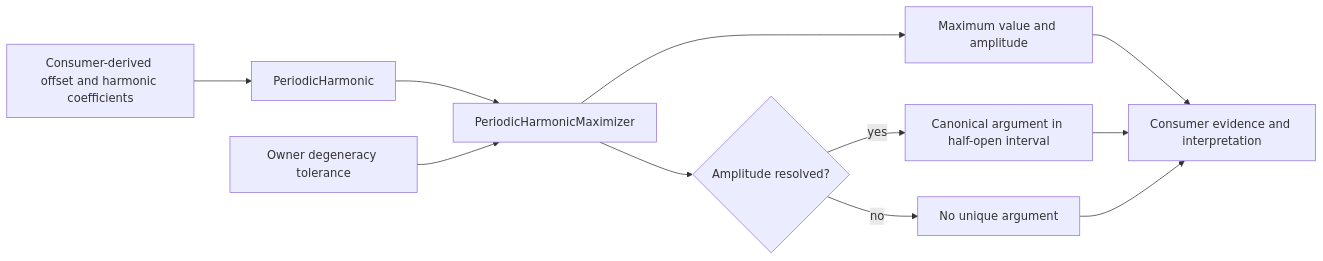
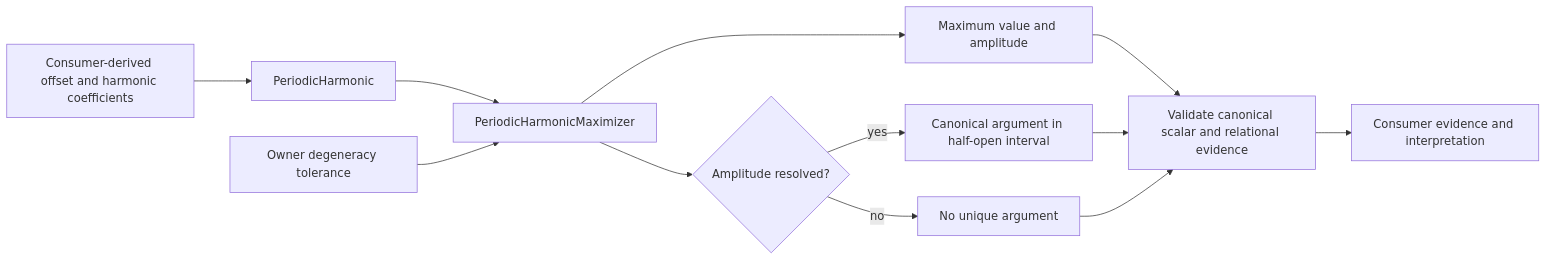
Before and after one commit to eragasa/projectkoios-optimization: the first of 2 diagrams in docs/architecture/projectkoios/optimization/selection/periodic_harmonic/schematics.md, drawn with Mermaid. The commit also changed 32 other files, not shown here.

````diff
--- a/docs/architecture/projectkoios/optimization/selection/periodic_harmonic/schematics.md
+++ b/docs/architecture/projectkoios/optimization/selection/periodic_harmonic/schematics.md
@@ -5,13 +5,14 @@
 ```mermaid
 flowchart LR
     C[Consumer-derived offset and harmonic coefficients] --> H[PeriodicHarmonic]
     H --> M[PeriodicHarmonicMaximizer]
     T[Owner degeneracy tolerance] --> M
     M --> R[Maximum value and amplitude]
     M --> S{Amplitude resolved?}
     S -->|yes| A[Canonical argument in half-open interval]
     S -->|no| N[No unique argument]
-    R --> E[Consumer evidence and interpretation]
-    A --> E
-    N --> E
+    R --> V[Validate canonical scalar and relational evidence]
+    A --> V
+    N --> V
+    V --> E[Consumer evidence and interpretation]
 ```
````
